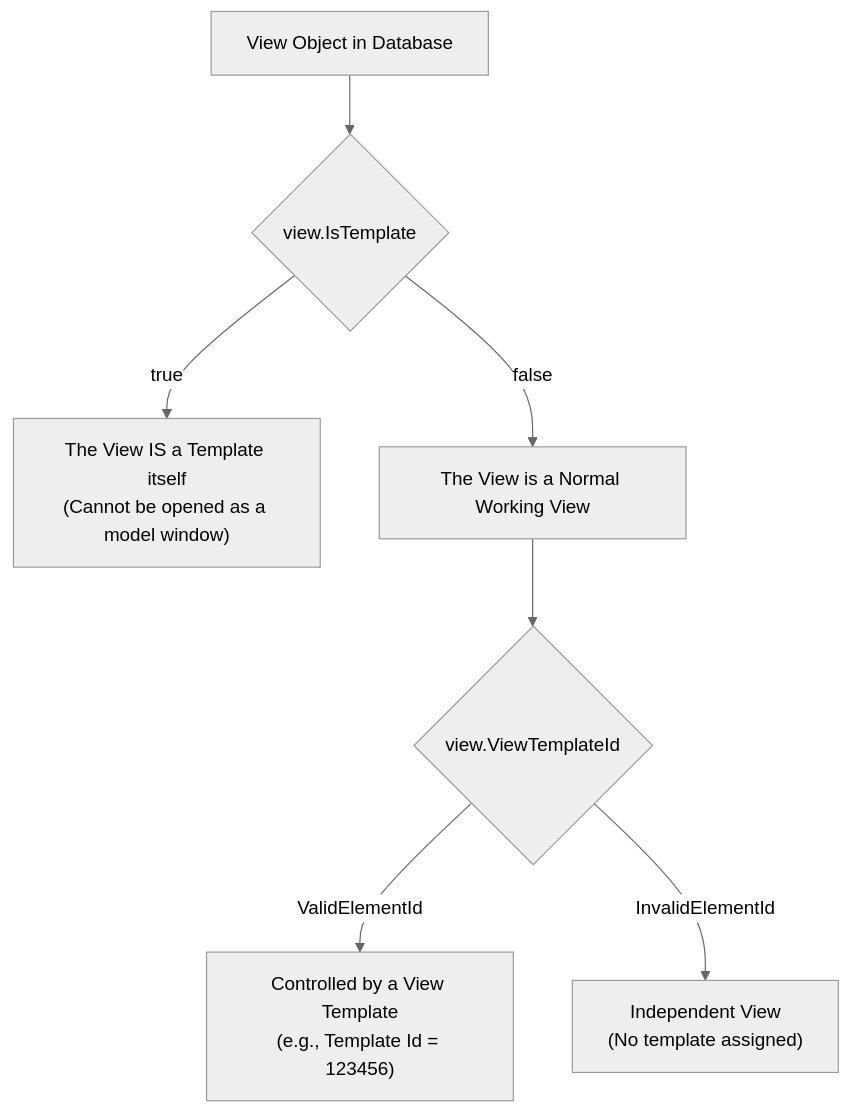
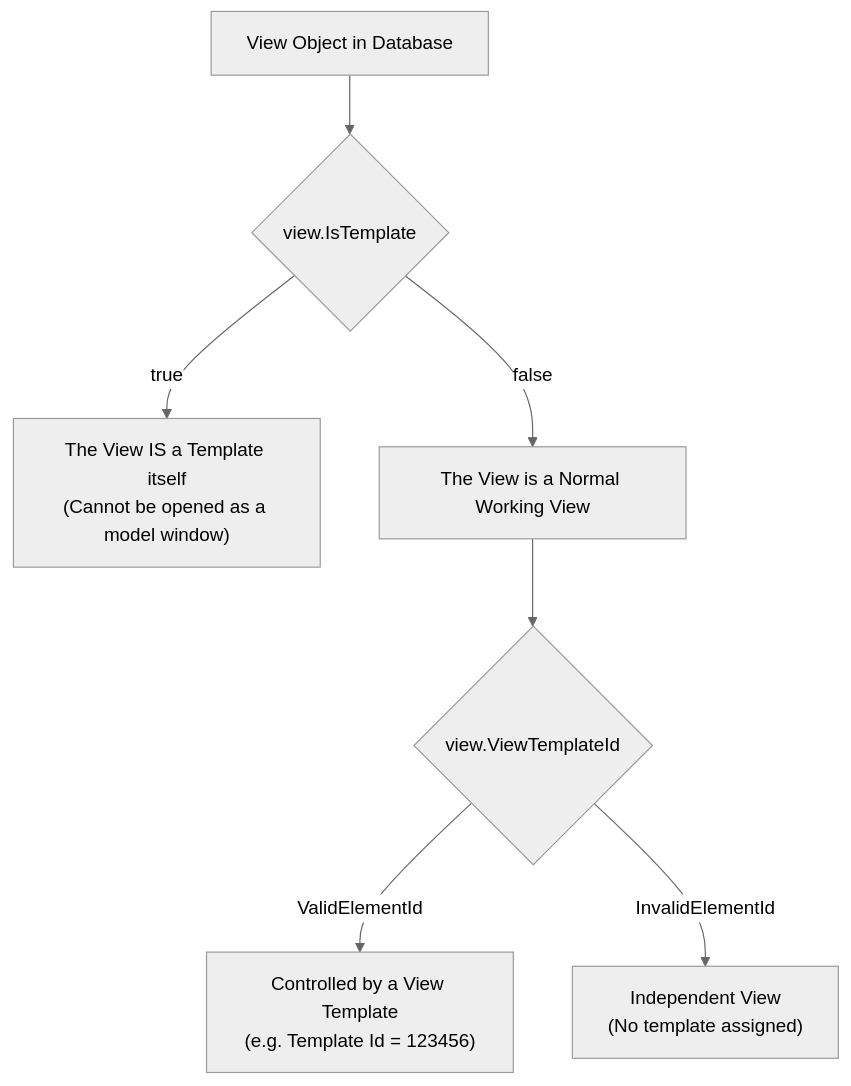
One commit to Mustafa-TOMMY/CommandSamplesRevitApiVer2025 changed the tenth of 19 diagrams in RevitApiSamples/Samples/Views/Views.md. Above: the diagram before and after it, drawn with Mermaid (neutral theme). The commit also changed other lines of this file, not shown here.

Commit message:
docs: fix Mermaid syntax in Section 7 of Views.md for GitHub rendering

````diff
--- a/RevitApiSamples/Samples/Views/Views.md
+++ b/RevitApiSamples/Samples/Views/Views.md
@@ -489,12 +489,12 @@
 ```mermaid
 flowchart TD
     ViewObj["View Object in Database"]
     
     ViewObj --> IsTemp{"view.IsTemplate"}
-    IsTemp -- "true" --> MasterTemplate["The View IS a Template itself\n(Cannot be opened as a model window)"]
-    IsTemp -- "false" --> NormalView["The View is a Normal Working View"]
+    IsTemp -->|"true"| MasterTemplate["The View IS a Template itself<br/>(Cannot be opened as a model window)"]
+    IsTemp -->|"false"| NormalView["The View is a Normal Working View"]
     
     NormalView --> HasTemplate{"view.ViewTemplateId"}
-    HasTemplate -- "ValidElementId" --> Controlled["Controlled by a View Template\n(e.g., Template Id = 123456)"]
-    HasTemplate -- "InvalidElementId" --> Independent["Independent View\n(No template assigned)"]
+    HasTemplate -->|"ValidElementId"| Controlled["Controlled by a View Template<br/>(e.g. Template Id = 123456)"]
+    HasTemplate -->|"InvalidElementId"| Independent["Independent View<br/>(No template assigned)"]
 ```
````
